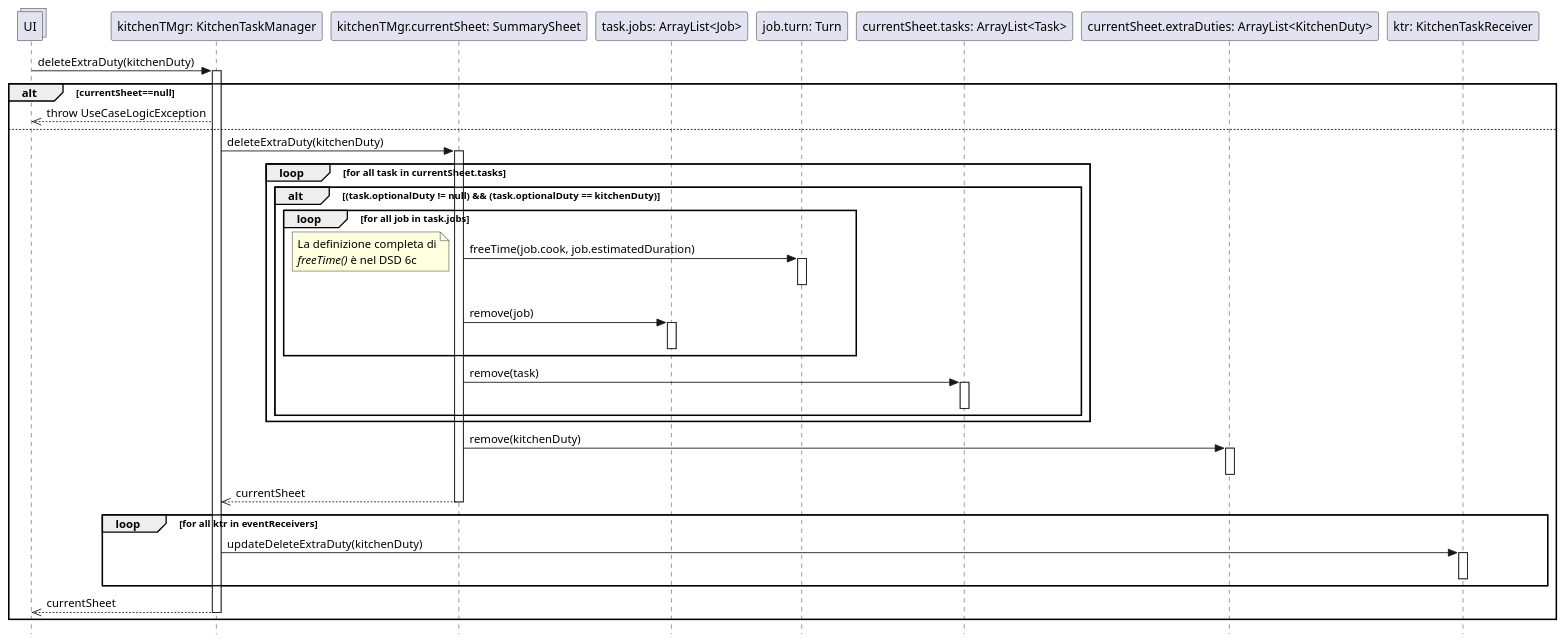
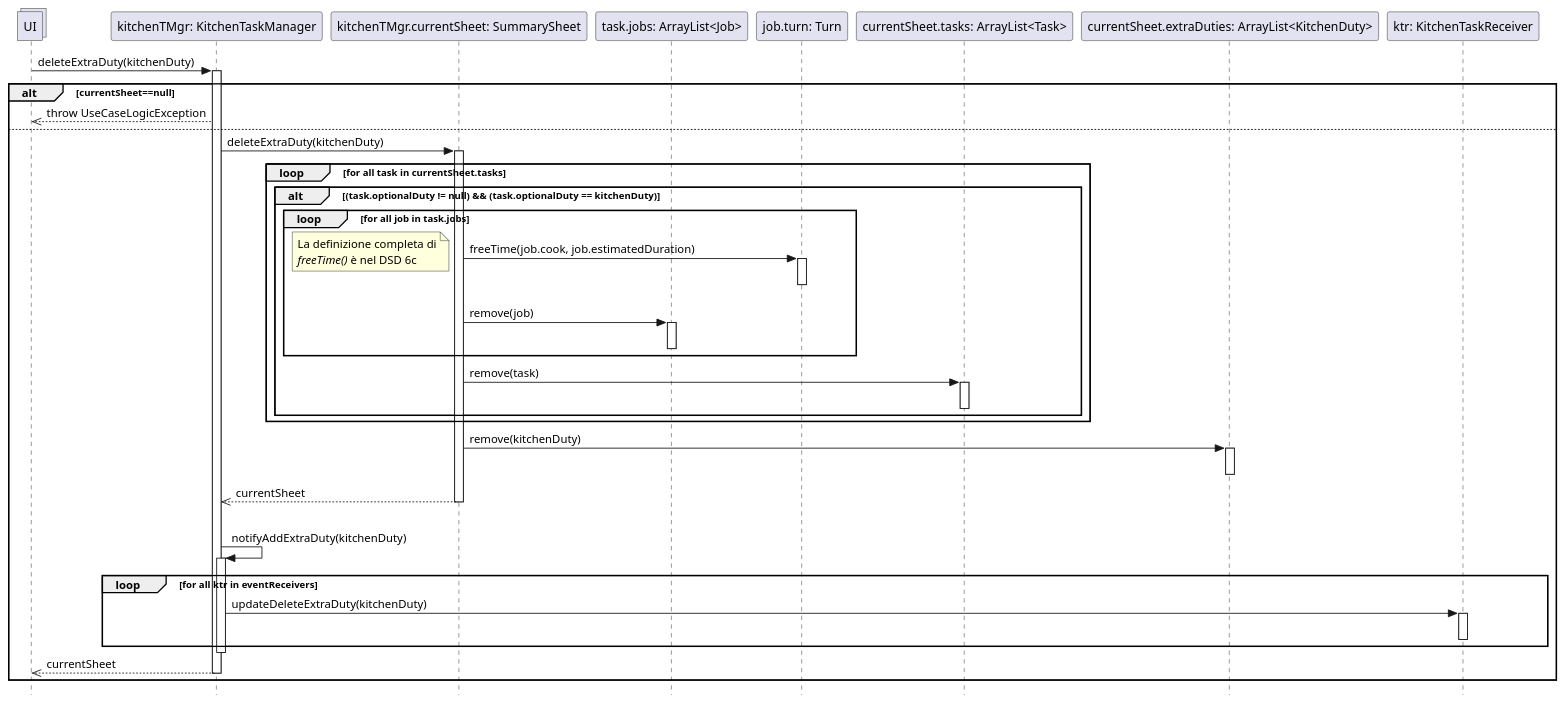
One commit to stefa168/sas-project changed the diagram in UC Gestire Compiti Cucina/Progettazione/DSD Operazione 2a.1.puml. Above: the diagram before and after it, drawn with PlantUML. The commit also changed 6 other files, not shown here.

```diff
--- a/UC Gestire Compiti Cucina/Progettazione/DSD Operazione 2a.1.puml
+++ b/UC Gestire Compiti Cucina/Progettazione/DSD Operazione 2a.1.puml
@@ -1,63 +1,65 @@
 @startuml Operazione 2a.1
 skinparam Style strictuml
 
 collections UI
 
 participant "kitchenTMgr: KitchenTaskManager" as ktm
 UI -> ktm: deleteExtraDuty(kitchenDuty)
 activate ktm
 
 alt currentSheet==null
     UI <<-- ktm: throw UseCaseLogicException
 else
     participant "kitchenTMgr.currentSheet: SummarySheet" as ss
     ktm -> ss: deleteExtraDuty(kitchenDuty)
     activate ss
 
     loop for all task in currentSheet.tasks
         alt (task.optionalDuty != null) && (task.optionalDuty == kitchenDuty)
             loop for all job in task.jobs
                 participant "task.jobs: ArrayList<Job>" as j
                 participant "job.turn: Turn" as jobTurn
 
                 ss -> jobTurn: freeTime(job.cook, job.estimatedDuration)
                 note left: La definizione completa di\n//freeTime()// è nel DSD 6c
                 activate jobTurn
                 deactivate jobTurn
 
                 ss -> j: remove(job)
                 activate j
                 deactivate j
             end
 
             participant "currentSheet.tasks: ArrayList<Task>" as tasks
             ss -> tasks: remove(task)
             activate tasks
             deactivate tasks
         end
     end
     
     participant "currentSheet.extraDuties: ArrayList<KitchenDuty>" as kdList
     ss -> kdList: remove(kitchenDuty)
     activate kdList
     deactivate kdList
     
     ktm <<-- ss: currentSheet
     deactivate ss
 
     participant "ktr: KitchenTaskReceiver" as ktr
-
-
+    |||
+    ktm -> ktm: notifyAddExtraDuty(kitchenDuty)
+        activate ktm
     loop for all ktr in eventReceivers
         ktm -> ktr : updateDeleteExtraDuty(kitchenDuty)
         activate ktr
         deactivate ktr
     end
+    deactivate ktm
 
     UI <<-- ktm : currentSheet
     deactivate ktm
 
     
 end
 
 @enduml
```
